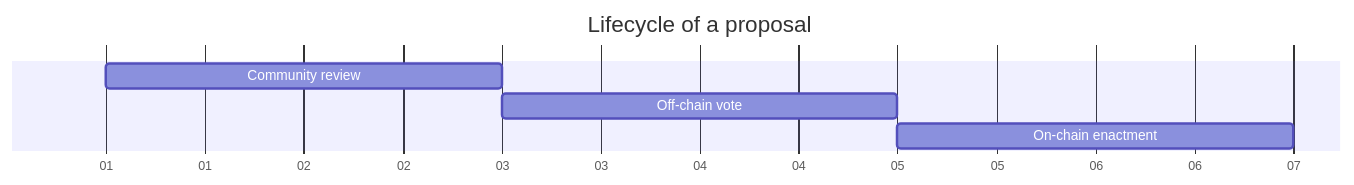
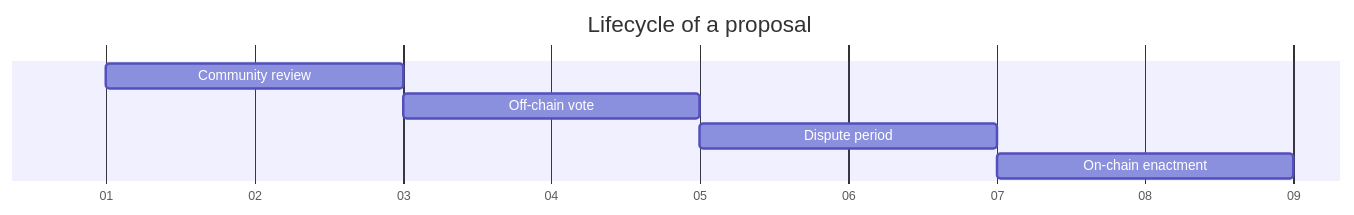
The second of 2 diagrams in GOVERNANCE.md (nation3/gov), drawn with Mermaid before and after one commit. The commit also changed other lines of this file, not shown here.

Commit message:
Added back dispute period

````diff
--- a/GOVERNANCE.md
+++ b/GOVERNANCE.md
@@ -48,10 +49,11 @@
 ```mermaid
 gantt
 dateFormat YYYY-MM-DD
 axisFormat %d
 title Lifecycle of a proposal
 
 Community review: 1, 0000-01-01, 2d
 Off-chain vote: 2, after 1, 2d
-On-chain enactment: 3, after 2, 2d
+Dispute period: 3, after 2, 2d
+On-chain enactment: 4, after 3, 2d
 ```
````
